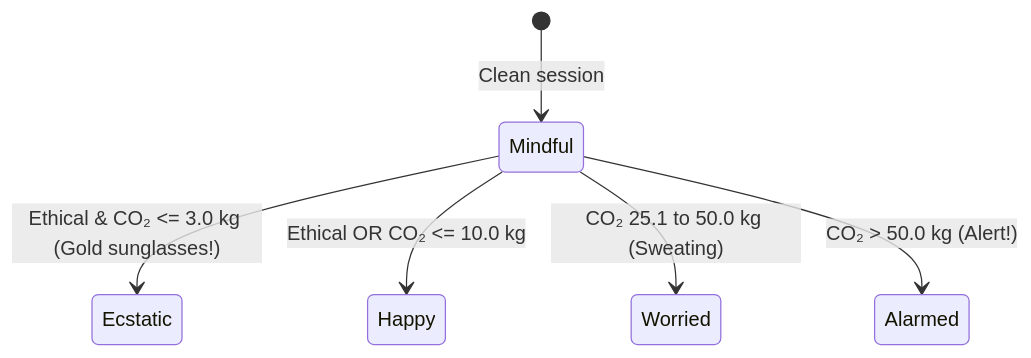
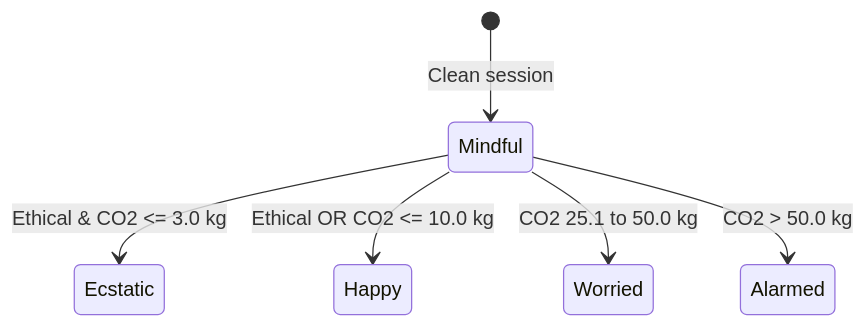
One commit to parthibcpana/IDAI102-1000544-PARTH-PARVINBHAI-GAJERA-SA changed the sixth of 8 diagrams in README.md. Above: the diagram before and after it, drawn with Mermaid. The commit also changed other lines of this file and 5 other files, not shown here.

````diff
--- a/README.md
+++ b/README.md
@@ -245,8 +239,8 @@
 ```mermaid
 stateDiagram-v2
     [*] --> Mindful: Clean session
-    Mindful --> Ecstatic: Ethical & CO₂ <= 3.0 kg (Gold sunglasses!)
-    Mindful --> Happy: Ethical OR CO₂ <= 10.0 kg
-    Mindful --> Worried: CO₂ 25.1 to 50.0 kg (Sweating)
-    Mindful --> Alarmed: CO₂ > 50.0 kg (Alert!)
+    Mindful --> Ecstatic: Ethical & CO2 <= 3.0 kg
+    Mindful --> Happy: Ethical OR CO2 <= 10.0 kg
+    Mindful --> Worried: CO2 25.1 to 50.0 kg
+    Mindful --> Alarmed: CO2 > 50.0 kg
 ```
````
